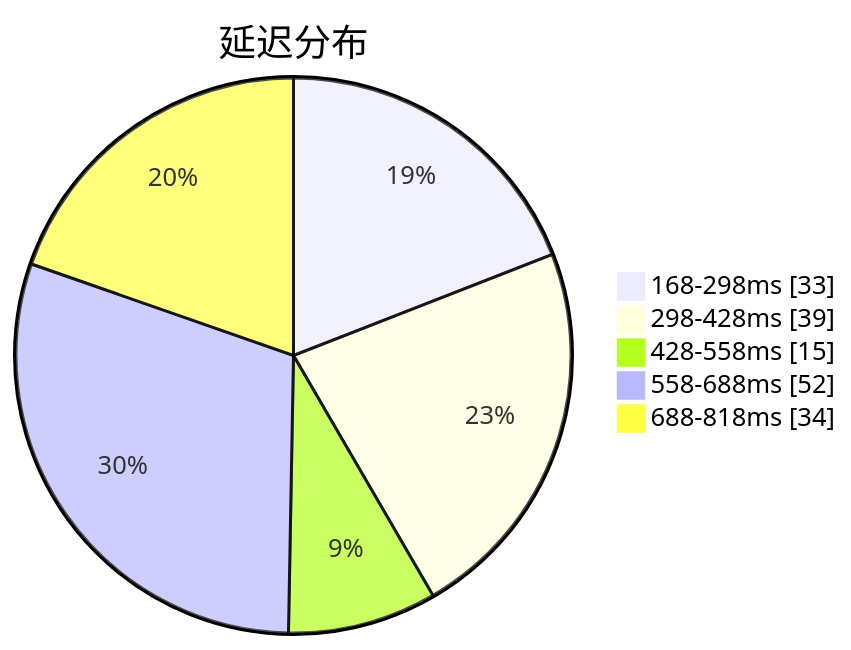
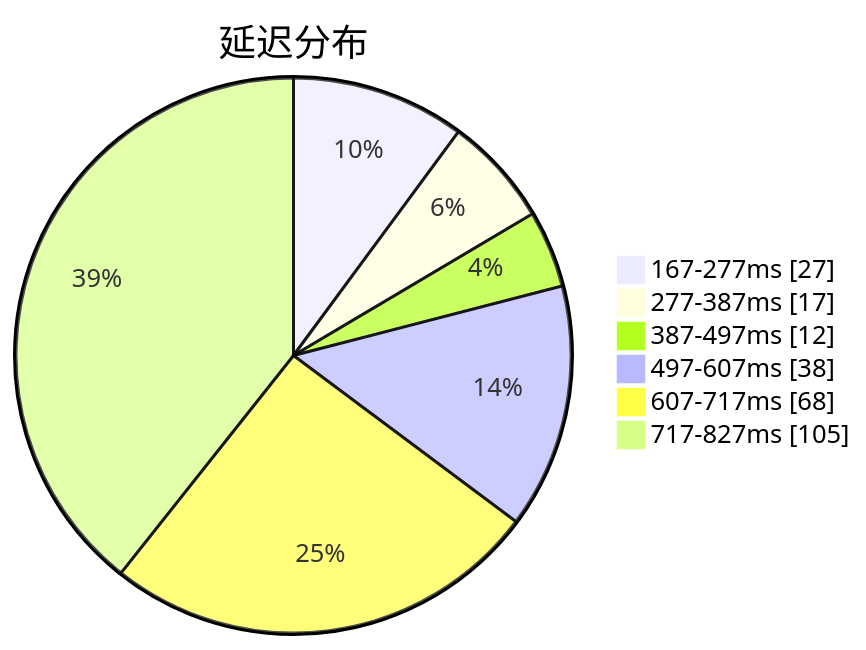
One commit to qjlxg/airport changed the first of 3 diagrams in subs/statistics/tested_within.md. Above: the diagram before and after it, drawn with Mermaid. The commit also changed other lines of this file and 2 other files, not shown here.

Commit message:
Tested by metaST

````diff
--- a/subs/statistics/tested_within.md
+++ b/subs/statistics/tested_within.md
@@ -2,9 +2,10 @@
 ```mermaid
 pie showData
 title 延迟分布
-"168-298ms" : 33
-"298-428ms" : 39
-"428-558ms" : 15
-"558-688ms" : 52
-"688-818ms" : 34
+"167-277ms" : 27
+"277-387ms" : 17
+"387-497ms" : 12
+"497-607ms" : 38
+"607-717ms" : 68
+"717-827ms" : 105
 ```
````
